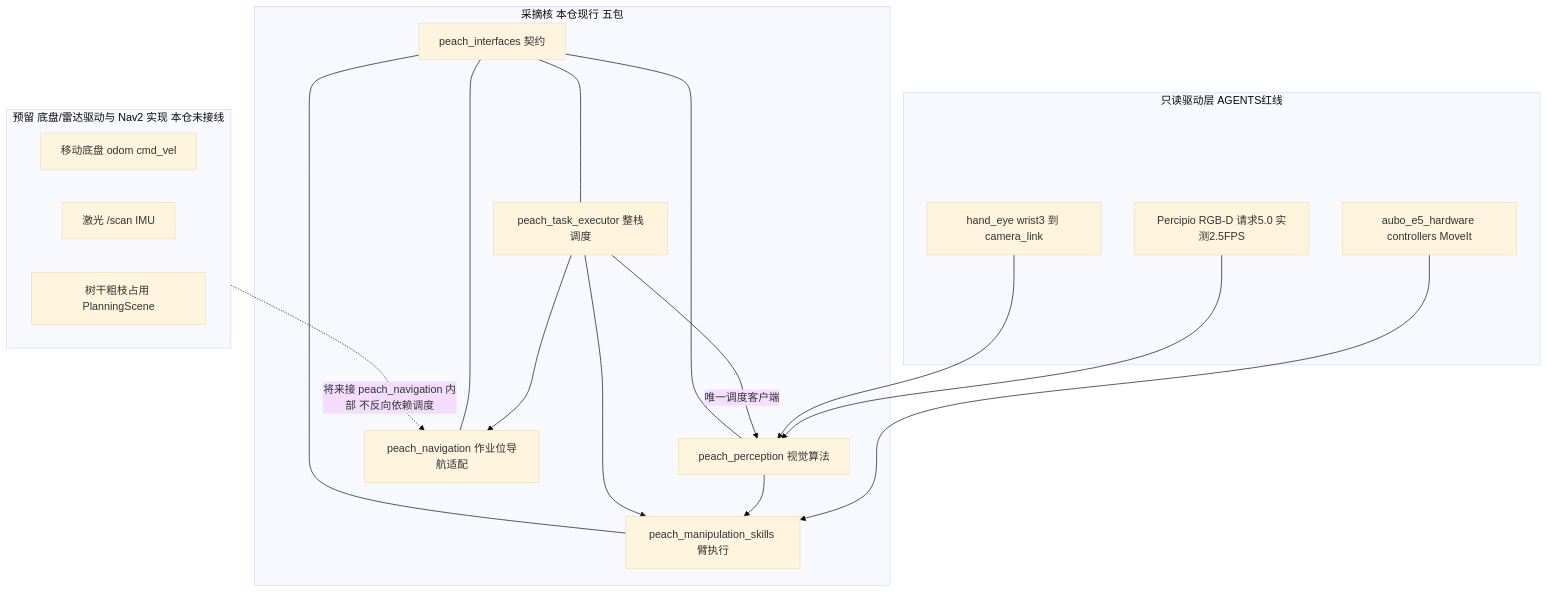
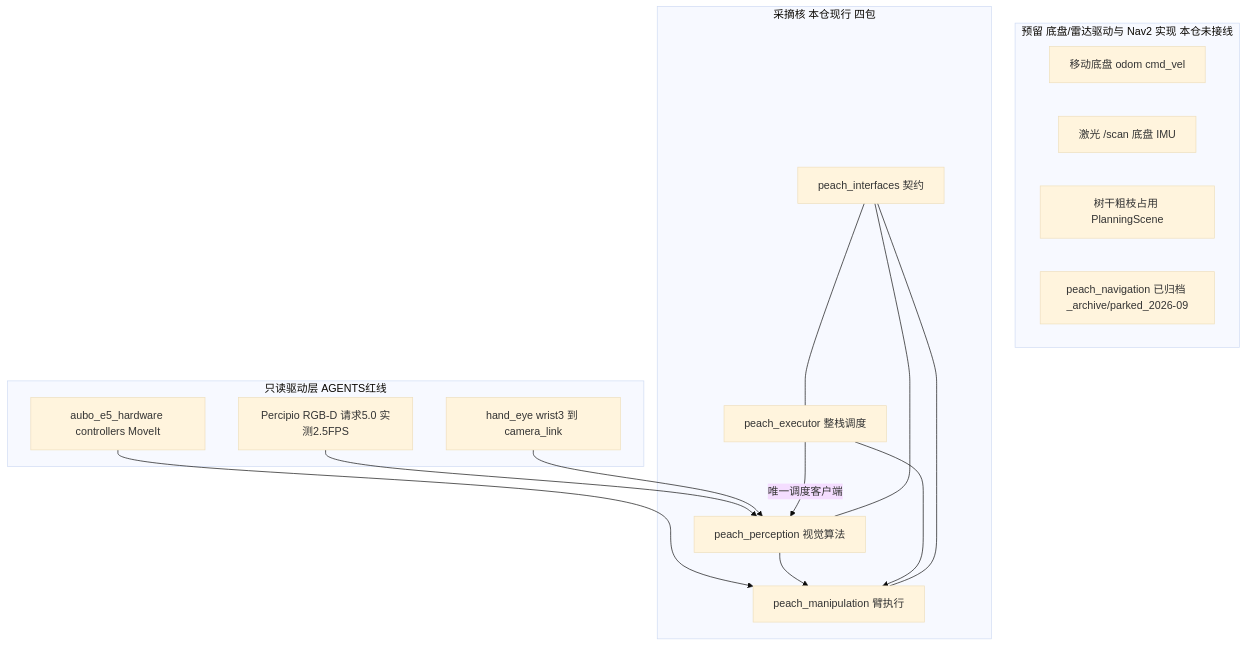
Before and after one commit to MUHAN11-c/aubo_boot: the fourth of 13 diagrams in docs/architecture.md, drawn with Mermaid (base theme). The commit also changed other lines of this file and 240 other files, not shown here.

````diff
--- a/docs/architecture.md
+++ b/docs/architecture.md
@@ -43,32 +171,29 @@
 ```mermaid
 flowchart TB
   subgraph reserved ["预留 底盘/雷达驱动与 Nav2 实现 本仓未接线"]
     chassis["移动底盘 odom cmd_vel"]
-    lidar["激光 /scan IMU"]
+    lidar["激光 /scan 底盘 IMU"]
     occ["树干粗枝占用 PlanningScene"]
+    navpark["peach_navigation 已归档 _archive/parked_2026-09"]
   end
-  subgraph core ["采摘核 本仓现行 五包"]
+  subgraph core ["采摘核 本仓现行 四包"]
     iface["peach_interfaces 契约"]
     perc["peach_perception 视觉算法"]
-    skills["peach_manipulation_skills 臂执行"]
-    nav["peach_navigation 作业位导航适配"]
-    exe["peach_task_executor 整栈调度"]
+    skills["peach_manipulation 臂执行"]
+    exe["peach_executor 整栈调度"]
   end
   subgraph hw ["只读驱动层 AGENTS红线"]
     cam["Percipio RGB-D 请求5.0 实测2.5FPS"]
     arm["aubo_e5_hardware controllers MoveIt"]
     eye["hand_eye wrist3 到 camera_link"]
   end
-  reserved -.->|"将来接 peach_navigation 内部 不反向依赖调度"| nav
   cam --> perc
   eye --> perc
   arm --> skills
   perc --> skills
   exe -->|"唯一调度客户端"| perc
   exe --> skills
-  exe --> nav
   iface --- perc
   iface --- skills
   iface --- exe
-  iface --- nav
 ```
````
